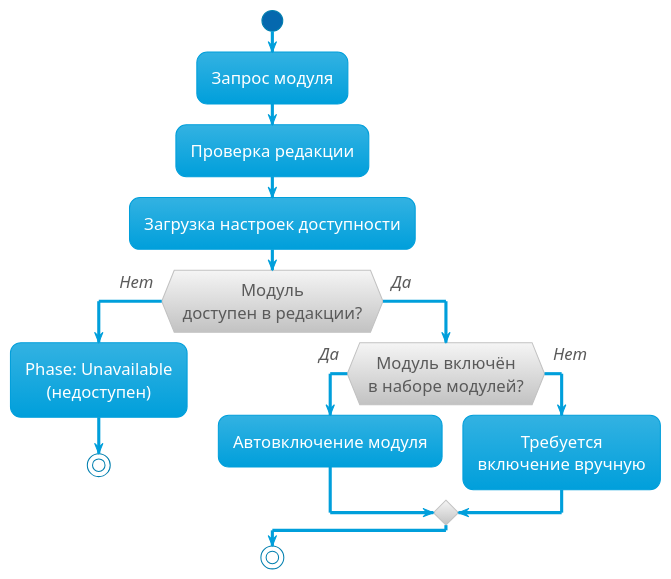
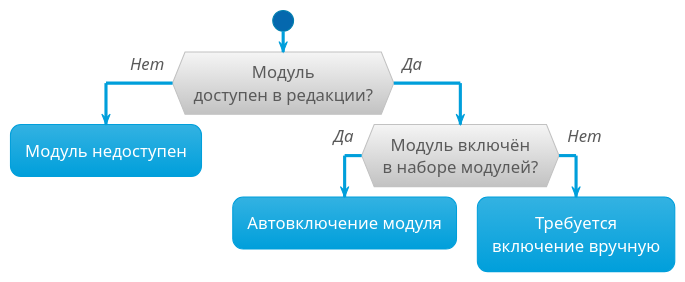
Before and after one commit to deckhouse/deckhouse: the diagram in docs/documentation/images/module-development/module_accessibility_ru.puml, drawn with PlantUML. The commit also changed 5 other files, not shown here.

```diff
--- a/docs/documentation/images/module-development/module_accessibility_ru.puml
+++ b/docs/documentation/images/module-development/module_accessibility_ru.puml
@@ -1,28 +1,24 @@
 @startuml
 !theme bluegray
 skinparam DefaultFontSize 16
-skinparam handwritten false
 skinparam ArrowFontStyle italic
 skinparam DefaultTextAlignment center
 skinparam backgroundColor transparent
 skinparam Shadowing false
 
 start
 
-:Запрос модуля;
-:Проверка редакции;
-:Загрузка настроек доступности;
-
 if (Модуль\nдоступен в редакции?) then (Нет)
-  :Phase: Unavailable\n(недоступен);
-  stop
+  :Модуль недоступен;
+  detach
 else (Да)
   if (Модуль включён\nв наборе модулей?) then (Да)
     :Автовключение модуля;
+    detach
   else (Нет)
     :Требуется\nвключение вручную;
+    detach
   endif
 endif
 
-stop
 @enduml
```
